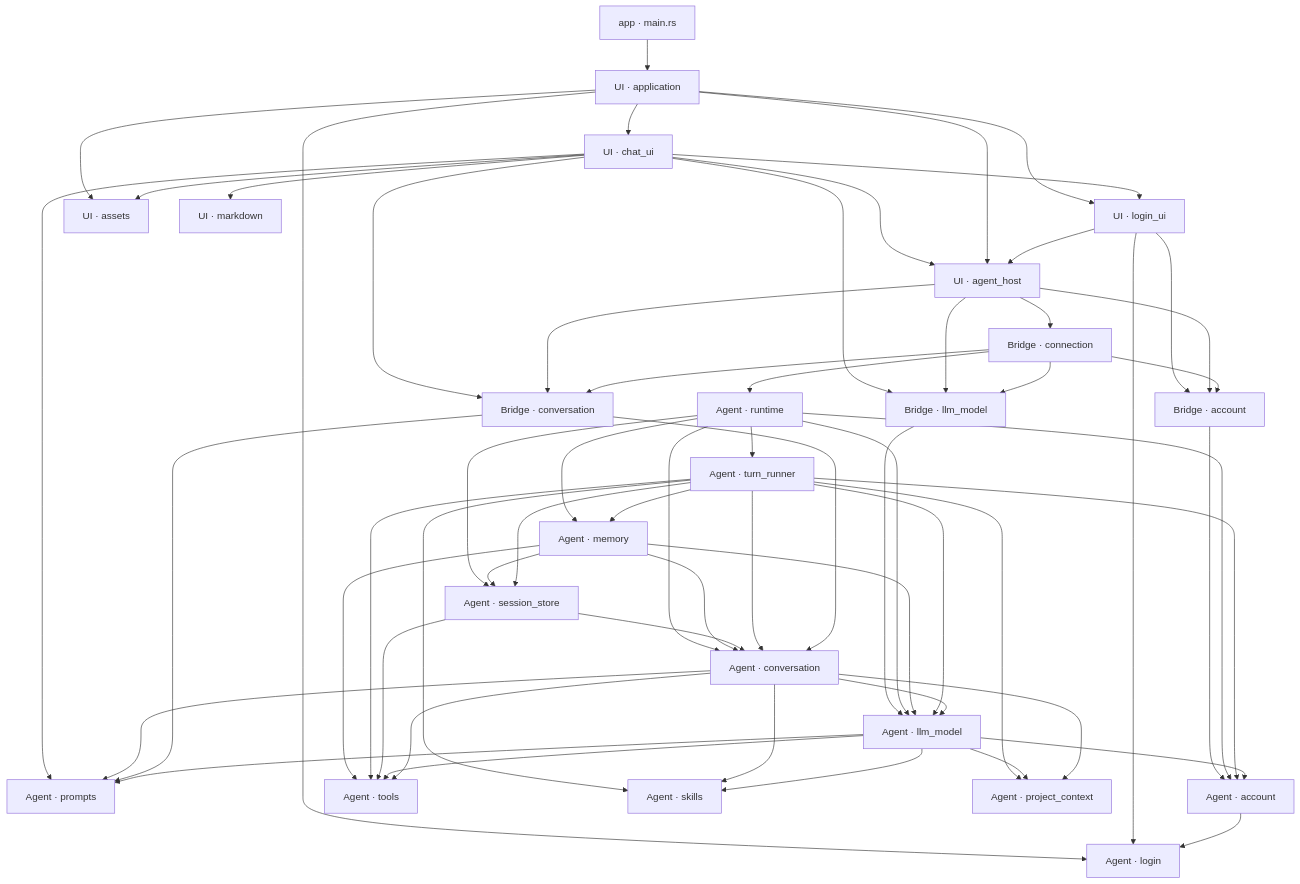
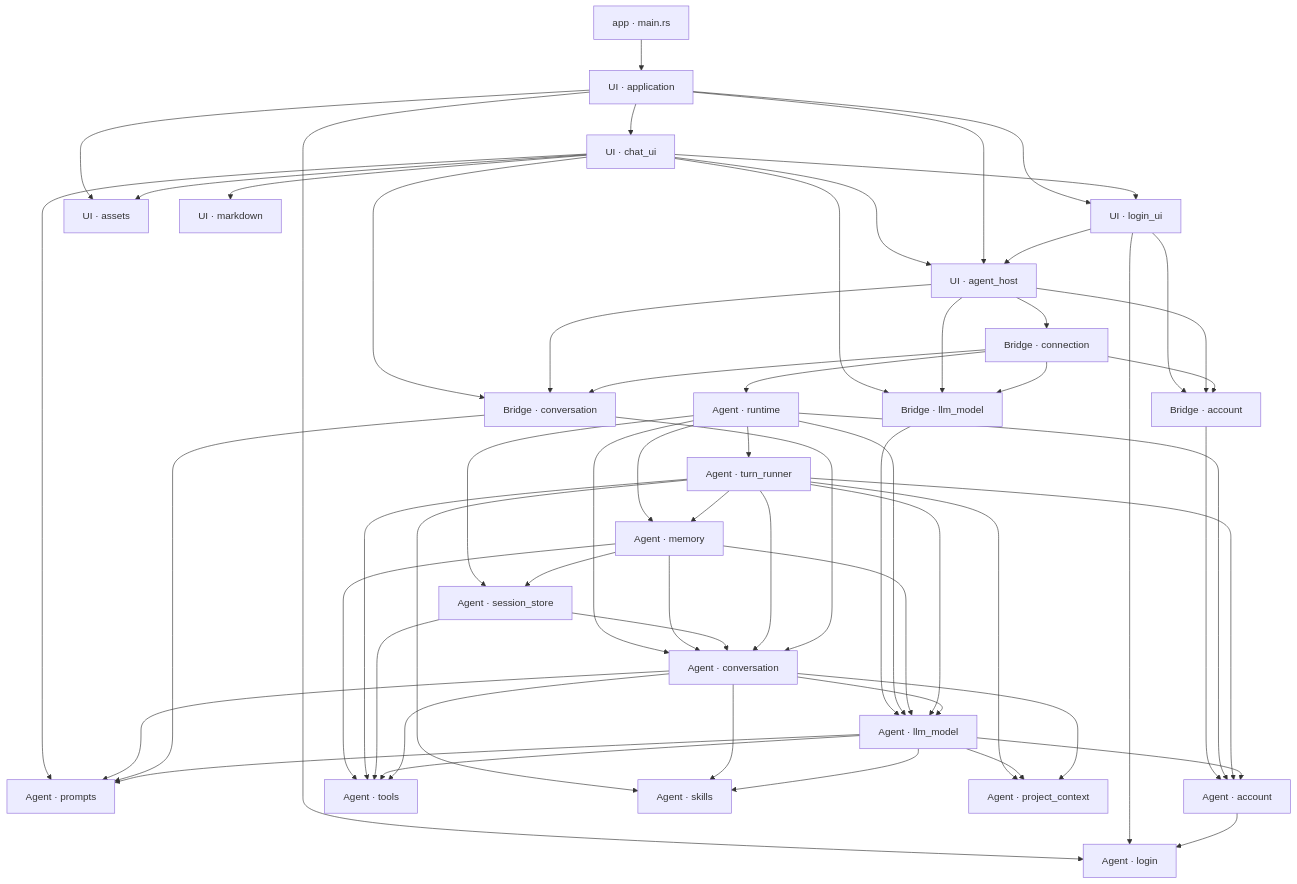
Before and after one commit to slc90/Agentelier: the first of 3 diagrams in docs/design/architecture.md, drawn with Mermaid. The commit also changed other lines of this file and 29 other files, not shown here.

````diff
--- a/docs/design/architecture.md
+++ b/docs/design/architecture.md
@@ -37,62 +37,61 @@
 ```mermaid
 flowchart TD
     Entry["app · main.rs"] --> App["UI · application"]
     App --> UI["UI · login_ui"]
     App --> Assets["UI · assets"]
     App --> Login["Agent · login"]
     UI --> Login
     App --> ChatUI["UI · chat_ui"]
     ChatUI --> Markdown["UI · markdown"]
     ChatUI --> UI
     ChatUI --> Host
     App --> Host["UI · agent_host"]
     UI --> Host
     Host --> Connection["Bridge · connection"]
     UI --> AccountBridge["Bridge · account"]
     ChatUI --> ModelBridge["Bridge · llm_model"]
     ChatUI --> ConversationBridge["Bridge · conversation"]
     ChatUI --> Prompts["Agent · prompts"]
     ChatUI --> Assets
     Host --> AccountBridge
     Host --> ModelBridge
     Host --> ConversationBridge
     Connection --> Runtime["Agent · runtime"]
     Connection --> AccountBridge
     Connection --> ModelBridge
     Connection --> ConversationBridge
     AccountBridge --> Account["Agent · account"]
     ModelBridge --> Model["Agent · llm_model"]
     Runtime --> Account
     Runtime --> Model
     Runtime --> Conversation["Agent · conversation"]
     Runtime --> SessionStore["Agent · session_store"]
     Runtime --> Memory["Agent · memory"]
     Memory --> SessionStore
     Memory --> Conversation
     Memory --> Model
     Memory --> Tools
     SessionStore --> Conversation
     Runtime --> Runner["Agent · turn_runner"]
     Runner --> Conversation
     Runner --> Skills["Agent · skills"]
     Conversation --> Skills
     Runner --> ProjectContext["Agent · project_context"]
     Runner --> Model
     Runner --> Memory
     Runner --> Account
     Runner --> Tools["Agent · tools"]
-    Runner --> SessionStore
     SessionStore --> Tools
     Model --> Skills
     Model --> ProjectContext
     Model --> Tools
     Conversation --> Tools
     Conversation --> Model
     Conversation --> Prompts
     Conversation --> ProjectContext
     ConversationBridge --> Conversation
     ConversationBridge --> Prompts
     Model --> Prompts
     Model --> Account
     Account --> Login
 ```
````
